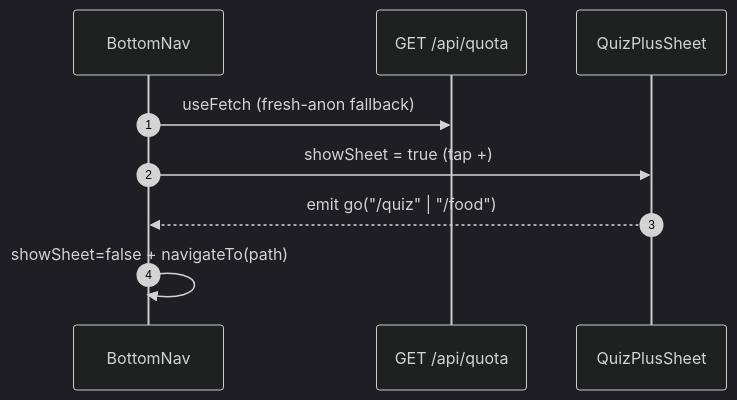
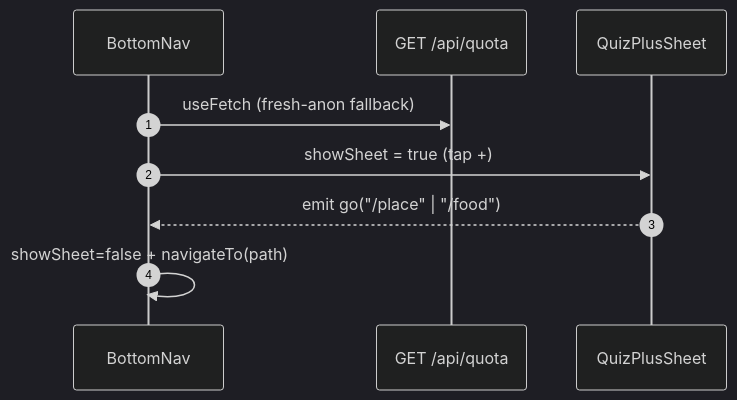
The diagram in docs/architecture/flows/layout-navigation/README.md (agestasaputra/wikendo-web-app), drawn with Mermaid (dark theme) before and after one commit. The commit also changed 35 other files, not shown here.

First line of the commit message:
refactor(routes): rename /quiz->/place and /result->/result-place with query-preserving 301 redirects

````diff
--- a/docs/architecture/flows/layout-navigation/README.md
+++ b/docs/architecture/flows/layout-navigation/README.md
@@ -26,11 +26,11 @@
 ```mermaid
 sequenceDiagram
     autonumber
     participant Nav as BottomNav
     participant API as GET /api/quota
     participant Sheet as QuizPlusSheet
     Nav->>API: useFetch (fresh-anon fallback)
     Nav->>Sheet: showSheet = true (tap +)
-    Sheet-->>Nav: emit go("/quiz" | "/food")
+    Sheet-->>Nav: emit go("/place" | "/food")
     Nav->>Nav: showSheet=false + navigateTo(path)
 ```
````
